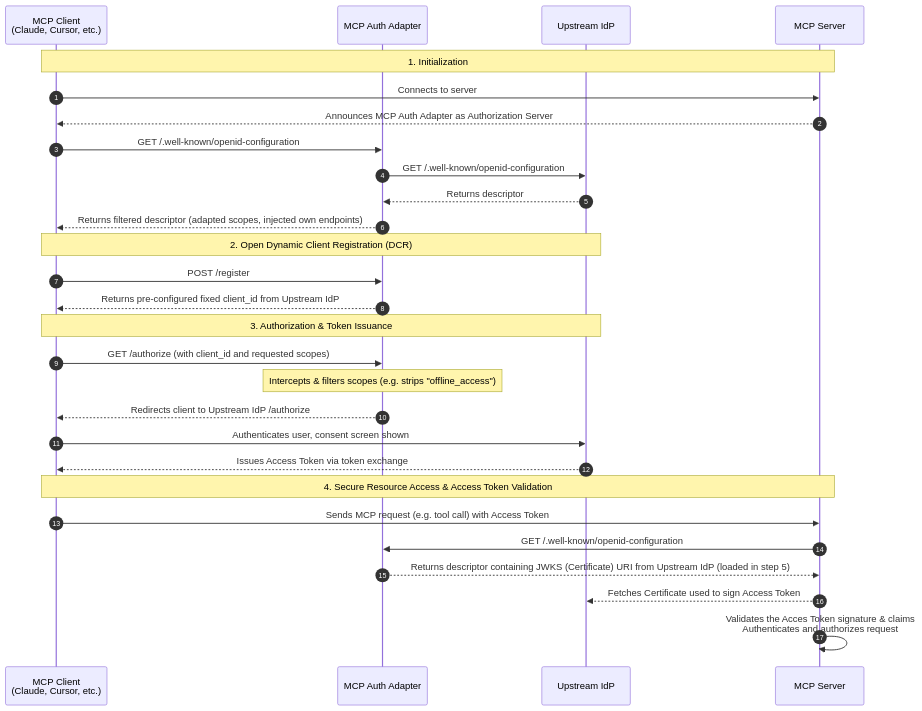
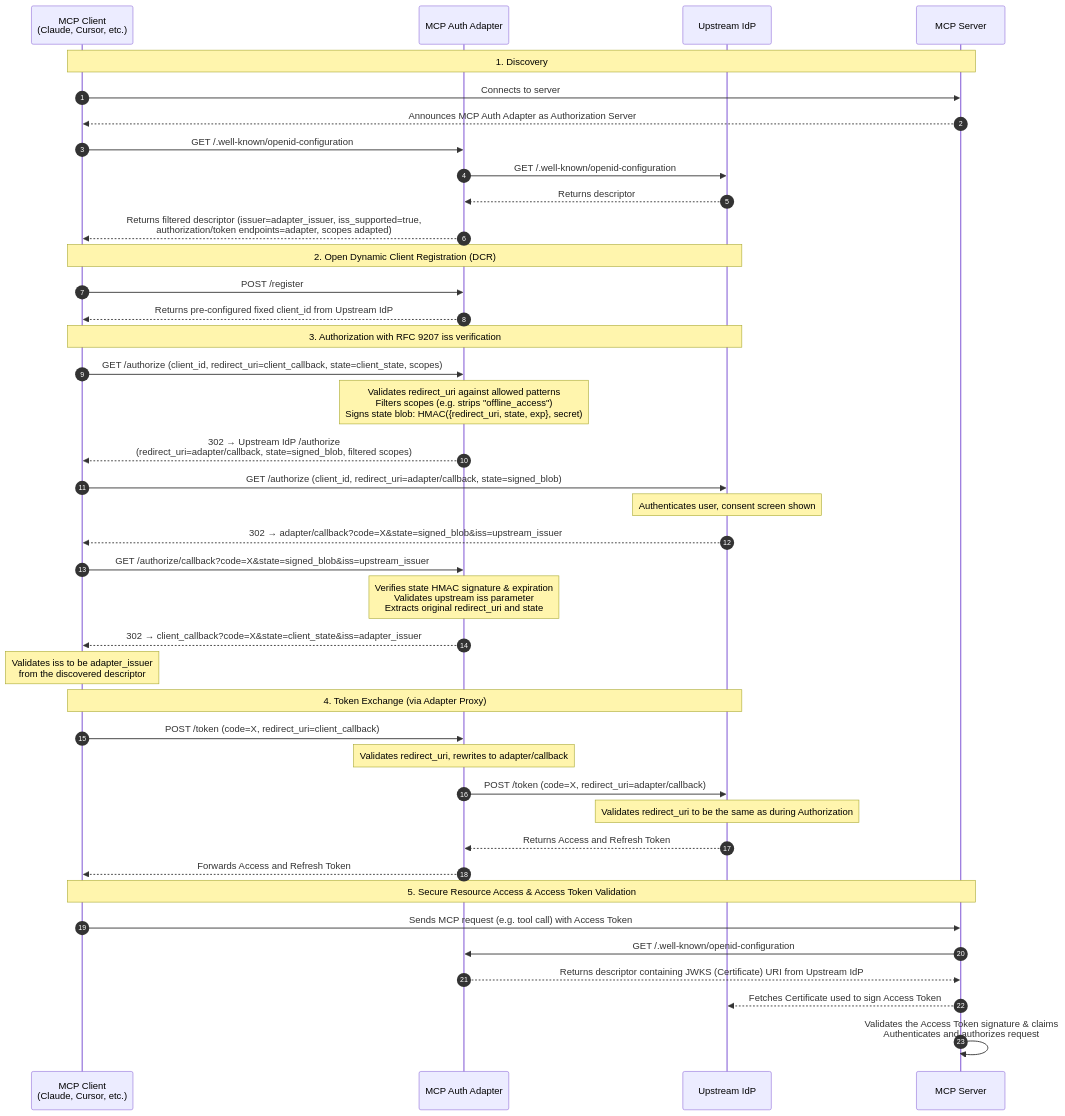
One commit to velias/mcp-auth-adapter changed the diagram in docs/mcp_auth_adapter_flow_dcr_scopesfiltering.mermaid. Above: the diagram before and after it, drawn with Mermaid. The commit also changed 30 other files, not shown here.

First line of the commit message:
RFC 9207 iss validation support (#23)

```diff
--- a/docs/mcp_auth_adapter_flow_dcr_scopesfiltering.mermaid
+++ b/docs/mcp_auth_adapter_flow_dcr_scopesfiltering.mermaid
@@ -1,32 +1,46 @@
 sequenceDiagram
     autonumber
     participant Client as MCP Client<br/>(Claude, Cursor, etc.)
     participant Proxy as MCP Auth Adapter
     participant SSO as Upstream IdP
     participant MCPServer as MCP Server
 
-    Note over Client, MCPServer: 1. Initialization
+    Note over Client, MCPServer: 1. Discovery
     Client->>MCPServer: Connects to server
     MCPServer-->>Client: Announces MCP Auth Adapter as Authorization Server
     Client->>Proxy: GET /.well-known/openid-configuration
     Proxy->>SSO: GET /.well-known/openid-configuration
     SSO-->>Proxy: Returns descriptor
-    Proxy-->>Client: Returns filtered descriptor (adapted scopes, injected own endpoints)
+    Proxy-->>Client: Returns filtered descriptor (issuer=adapter_issuer, iss_supported=true,<br/>authorization/token endpoints=adapter, scopes adapted)
+
     Note over Client, SSO: 2. Open Dynamic Client Registration (DCR)
     Client->>Proxy: POST /register
-    Proxy-->>Client: Returns pre-configured fixed  client_id from Upstream IdP
-    
-    Note over Client, SSO: 3. Authorization & Token Issuance
-    Client->>Proxy: GET /authorize (with client_id and  requested scopes)
-    Note over Proxy: Intercepts & filters scopes (e.g. strips "offline_access")
-    Proxy-->>Client: Redirects client to Upstream IdP  /authorize
-    Client->>SSO: Authenticates user, consent screen shown
-    SSO-->>Client: Issues Access Token via token exchange
-    
-    Note over Client, MCPServer: 4. Secure Resource Access & Access Token Validation
+    Proxy-->>Client: Returns pre-configured fixed client_id from Upstream IdP
+
+    Note over Client, SSO: 3. Authorization with RFC 9207 iss verification
+    Client->>Proxy: GET /authorize (client_id, redirect_uri=client_callback, state=client_state, scopes)
+    Note over Proxy: Validates redirect_uri against allowed patterns<br/>Filters scopes (e.g. strips "offline_access")<br/>Signs state blob: HMAC({redirect_uri, state, exp}, secret)
+    Proxy-->>Client: 302 → Upstream IdP /authorize<br/>(redirect_uri=adapter/callback, state=signed_blob, filtered scopes)
+    Client->>SSO: GET /authorize (client_id, redirect_uri=adapter/callback, state=signed_blob)
+    Note over SSO: Authenticates user, consent screen shown
+    SSO-->>Client: 302 → adapter/callback?code=X&state=signed_blob&iss=upstream_issuer
+        
+    Client->>Proxy: GET /authorize/callback?code=X&state=signed_blob&iss=upstream_issuer
+    Note over Proxy: Verifies state HMAC signature & expiration<br/>Validates upstream iss parameter<br/>Extracts original redirect_uri and state
+    Proxy-->>Client: 302 → client_callback?code=X&state=client_state&iss=adapter_issuer
+    Note over Client: Validates iss to be adapter_issuer<br/>from the discovered descriptor
+
+    Note over Client, SSO: 4. Token Exchange (via Adapter Proxy)
+    Client->>Proxy: POST /token (code=X, redirect_uri=client_callback)
+    Note over Proxy: Validates redirect_uri, rewrites to adapter/callback
+    Proxy->>SSO: POST /token (code=X, redirect_uri=adapter/callback)
+    Note over SSO: Validates redirect_uri to be the same as during Authorization
+    SSO-->>Proxy: Returns Access and Refresh Token
+    Proxy-->>Client: Forwards Access and Refresh Token
+
+    Note over Client, MCPServer: 5. Secure Resource Access & Access Token Validation
     Client->>MCPServer: Sends MCP request (e.g. tool call) with Access Token
-    
     MCPServer->>Proxy: GET /.well-known/openid-configuration
-    Proxy-->>MCPServer: Returns descriptor containing JWKS (Certificate) URI from Upstream IdP (loaded in step 5)
+    Proxy-->>MCPServer: Returns descriptor containing JWKS (Certificate) URI from Upstream IdP
     MCPServer-->>SSO: Fetches Certificate used to sign Access Token
-    MCPServer->>MCPServer: Validates the Acces Token signature & claims<br/>Authenticates and authorizes request
+    MCPServer->>MCPServer: Validates the Access Token signature & claims<br/>Authenticates and authorizes request
```
